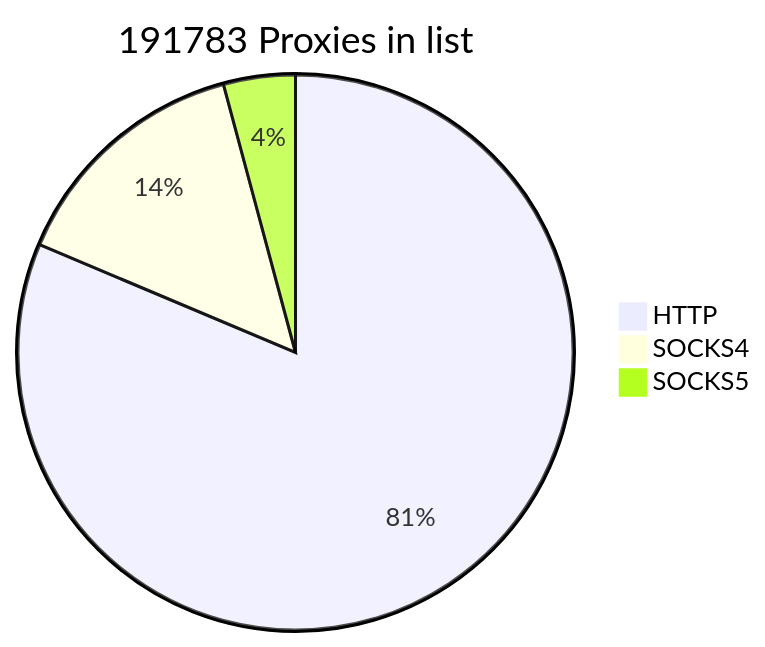
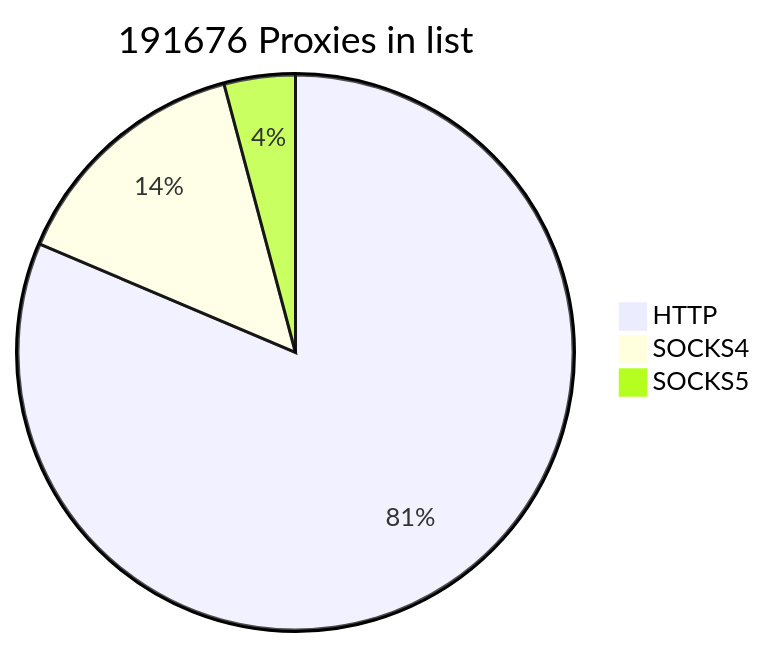
One commit to cutipu/proxylist changed the first of 2 diagrams in README.md. Above: the diagram before and after it, drawn with Mermaid. The commit also changed other lines of this file, not shown here.

````diff
--- a/README.md
+++ b/README.md
@@ -2,7 +2,7 @@
 ```mermaid
-pie title 191783 Proxies in list
-    "HTTP" : 156017
-    "SOCKS4" : 27754
-    "SOCKS5" : 8012
+pie title 191676 Proxies in list
+    "HTTP" : 155985
+    "SOCKS4" : 27751
+    "SOCKS5" : 7940
             
 ```
````
